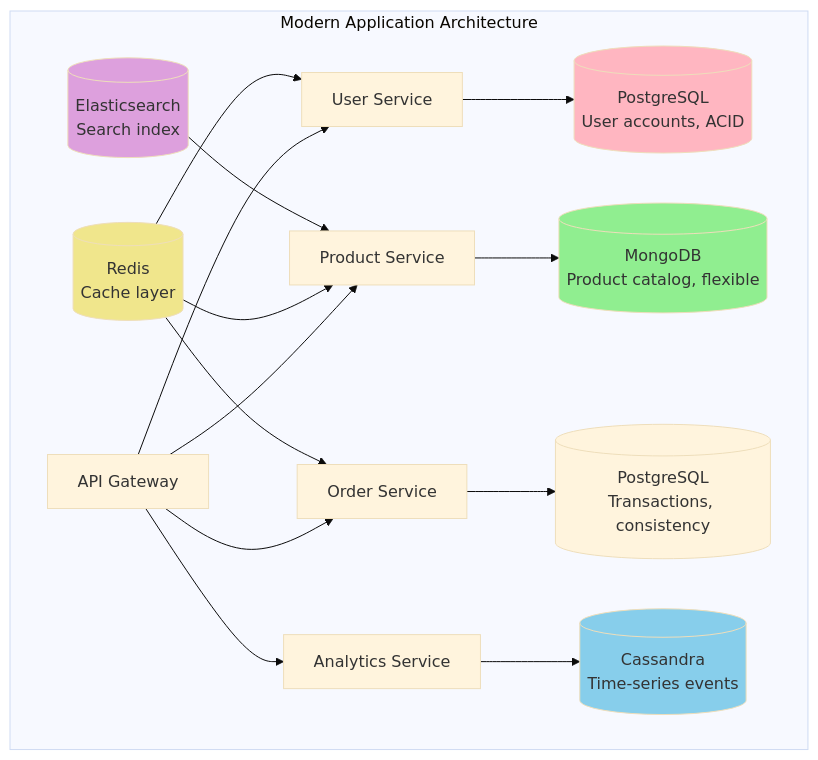
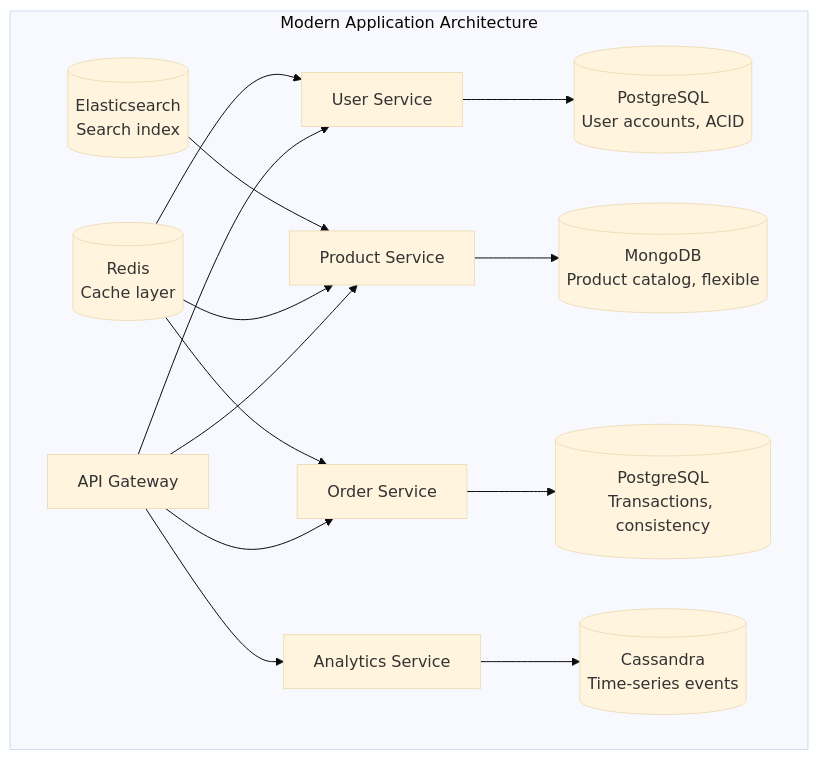
One commit to Ritahchanger/system_design changed diagram 15 of 15 in databases/docs/nosql.md. Above: the diagram before and after it, drawn with Mermaid (base theme). The commit also changed other lines of this file and 5 other files, not shown here.

Commit message:
Updated visual diagrams and added readme for database case studies

````diff
--- a/databases/docs/nosql.md
+++ b/databases/docs/nosql.md
@@ -688,26 +655,22 @@
 ```mermaid
 graph TB
     subgraph "Modern Application Architecture"
         API[API Gateway] --> UserService[User Service]
         API --> ProductService[Product Service]
         API --> OrderService[Order Service]
         API --> AnalyticsService[Analytics Service]
         
         UserService --> PostgreSQL[(PostgreSQL<br/>User accounts, ACID)]
         ProductService --> MongoDB[(MongoDB<br/>Product catalog, flexible)]
         OrderService --> PostgreSQL2[(PostgreSQL<br/>Transactions, consistency)]
         AnalyticsService --> Cassandra[(Cassandra<br/>Time-series events)]
         
         Redis[(Redis<br/>Cache layer)] --> UserService
         Redis --> ProductService
         Redis --> OrderService
         
         Elasticsearch[(Elasticsearch<br/>Search index)] --> ProductService
     end
     
-    style PostgreSQL fill:#FFB6C1
-    style MongoDB fill:#90EE90
-    style Cassandra fill:#87CEEB
-    style Redis fill:#F0E68C
-    style Elasticsearch fill:#DDA0DD
+   
 ```
````
